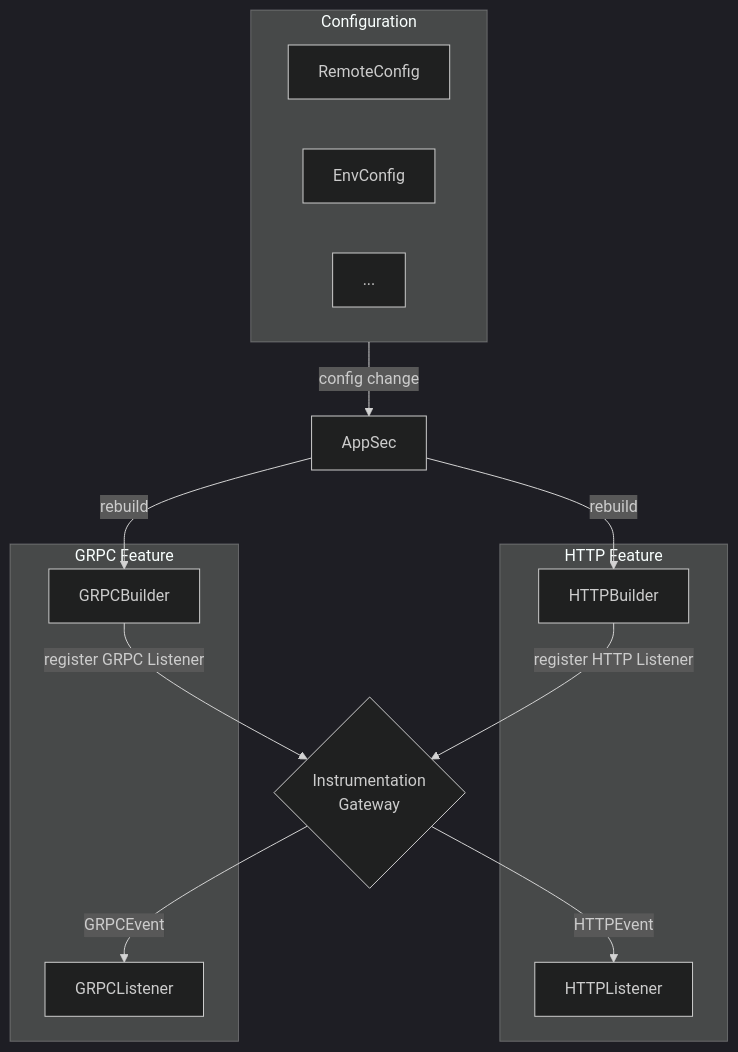
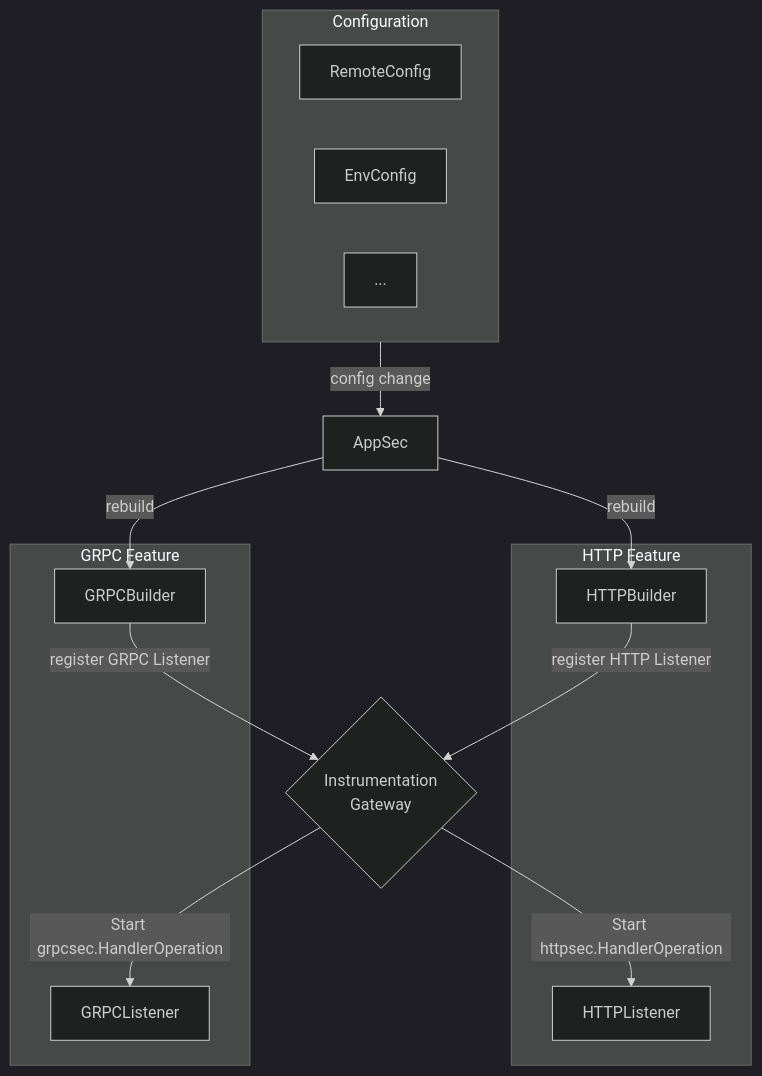
Before and after one commit to DataDog/dd-trace-go: the fourth of 4 diagrams in internal/appsec/README.md, drawn with Mermaid (dark theme). The commit also changed other lines of this file, not shown here.

````diff
--- a/internal/appsec/README.md
+++ b/internal/appsec/README.md
@@ -168,31 +168,31 @@
 ```mermaid
 flowchart TD
 
     subgraph HTTP Feature
         HTTPListener
         HTTPBuilder
     end
 
     subgraph GRPC Feature
         GRPCBuilder
         GRPCListener
     end
 
     subgraph Configuration
         RemoteConfig
         EnvConfig
         ...
     end
 
     Configuration -->|config change| AppSec
 
     AppSec -->|rebuild| HTTPBuilder
     AppSec -->|rebuild| GRPCBuilder
     HTTPBuilder -->|register HTTP Listener| IG
     GRPCBuilder -->|register GRPC Listener| IG
 
 
 
-    IG{Instrumentation<br> Gateway} -->|HTTPEvent| HTTPListener
-    IG{Instrumentation<br> Gateway} -->|GRPCEvent| GRPCListener
+    IG{Instrumentation<br> Gateway} -->|Start httpsec.HandlerOperation| HTTPListener
+    IG{Instrumentation<br> Gateway} -->|Start grpcsec.HandlerOperation| GRPCListener
 ```
````
